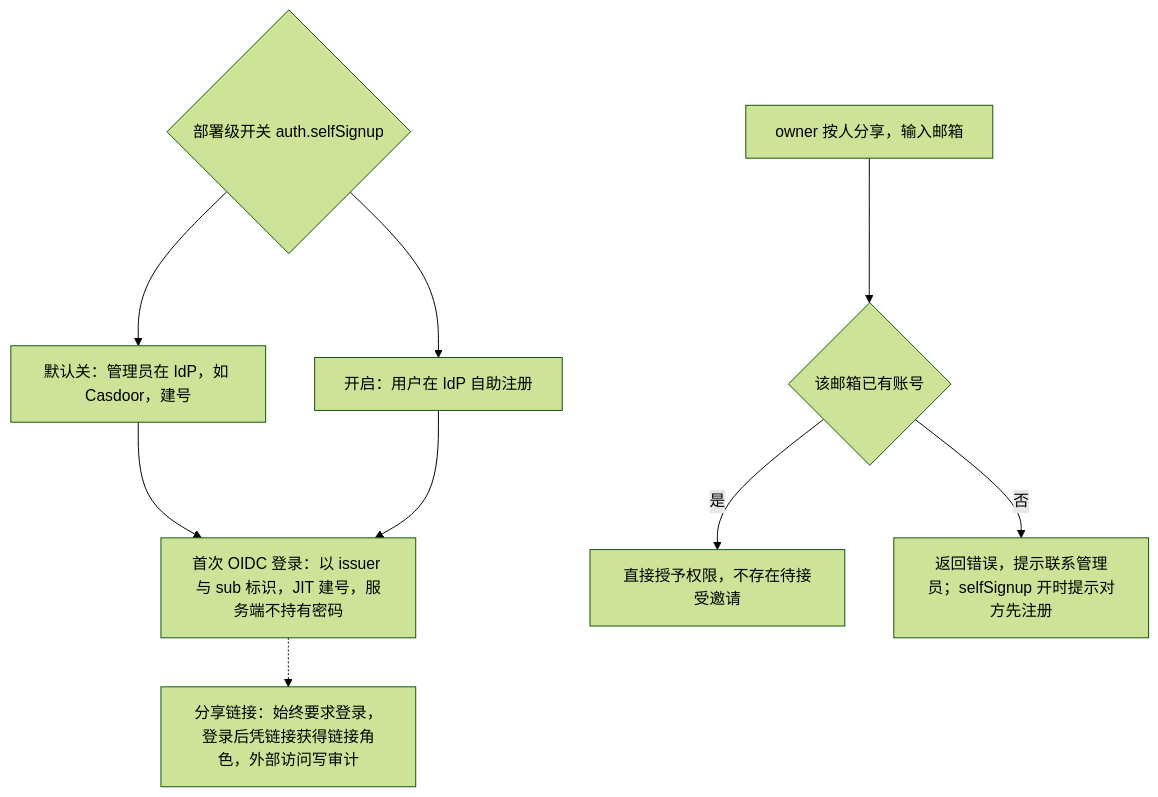
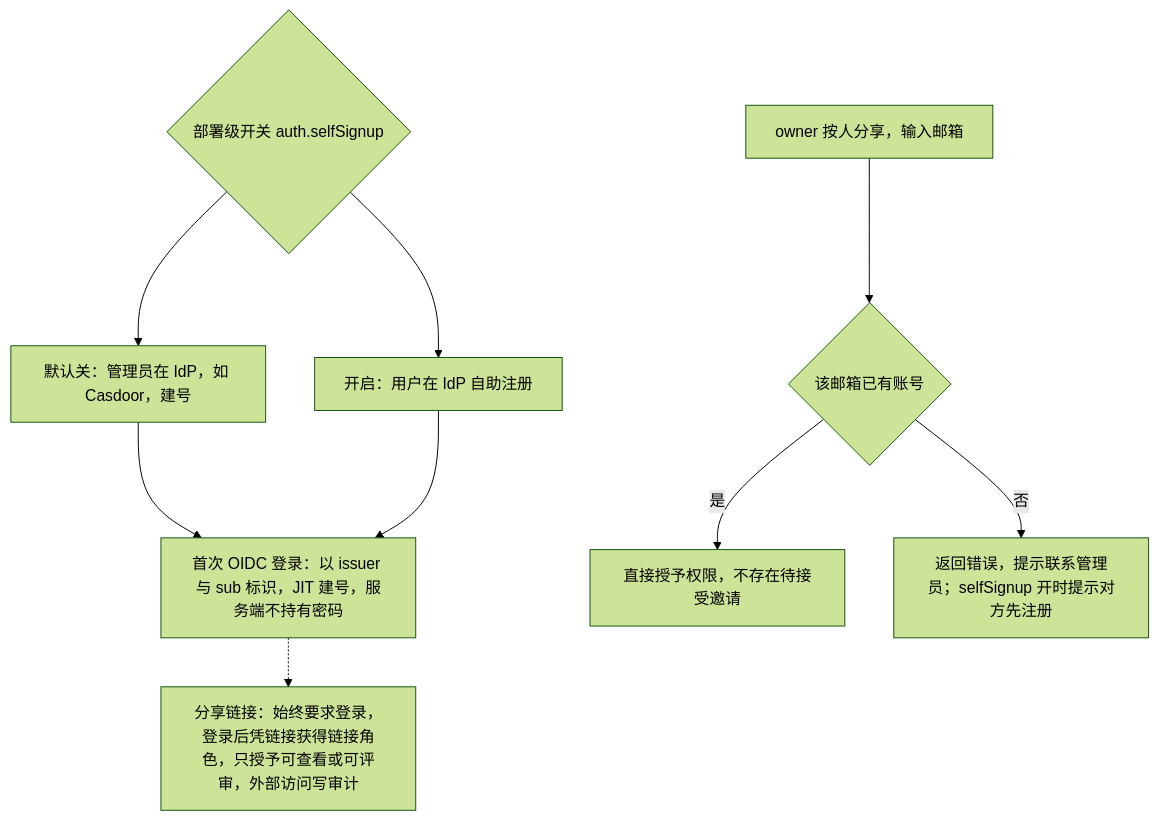
Before and after one commit to Xeonice/cordis-ppt-editor: the tenth of 14 diagrams in docs/10-prd/03-features/06-server-and-ops.md, drawn with Mermaid (forest theme). The commit also changed other lines of this file and 19 other files, not shown here.

````diff
--- a/docs/10-prd/03-features/06-server-and-ops.md
+++ b/docs/10-prd/03-features/06-server-and-ops.md
@@ -363,18 +371,18 @@
 ```mermaid
 flowchart TB
   signup{"部署级开关 auth.selfSignup"}
   admin["默认关：管理员在 IdP，如 Casdoor，建号"]
   self["开启：用户在 IdP 自助注册"]
   login["首次 OIDC 登录：以 issuer 与 sub 标识，JIT 建号，服务端不持有密码"]
   invite["owner 按人分享，输入邮箱"]
   exists{"该邮箱已有账号"}
   grant["直接授予权限，不存在待接受邀请"]
   noacct["返回错误，提示联系管理员；selfSignup 开时提示对方先注册"]
-  link["分享链接：始终要求登录，登录后凭链接获得链接角色，外部访问写审计"]
+  link["分享链接：始终要求登录，登录后凭链接获得链接角色，只授予可查看或可评审，外部访问写审计"]
   signup --> admin --> login
   signup --> self --> login
   invite --> exists
   exists -->|"是"| grant
   exists -->|"否"| noacct
   login -.-> link
 ```
````
